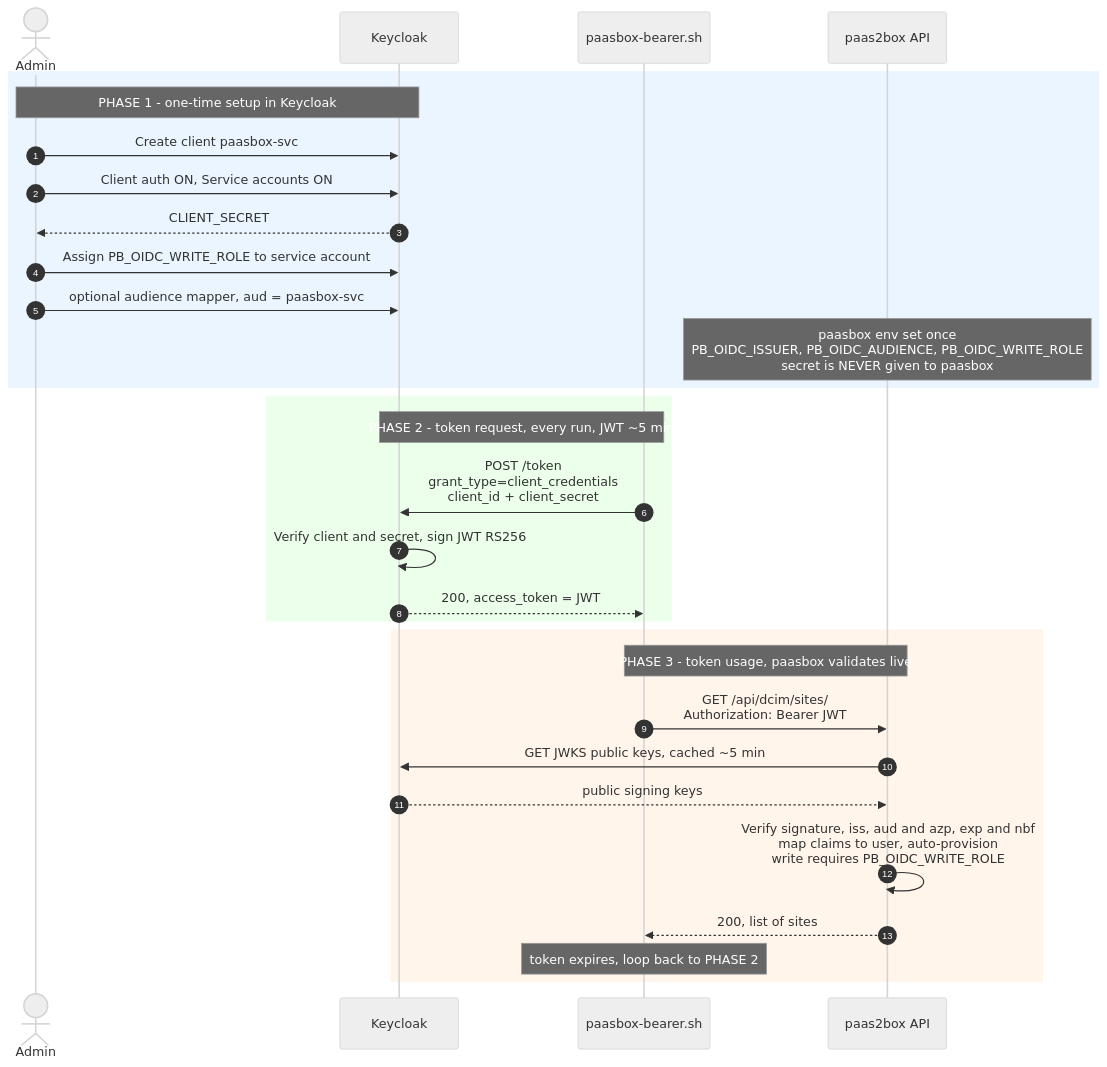
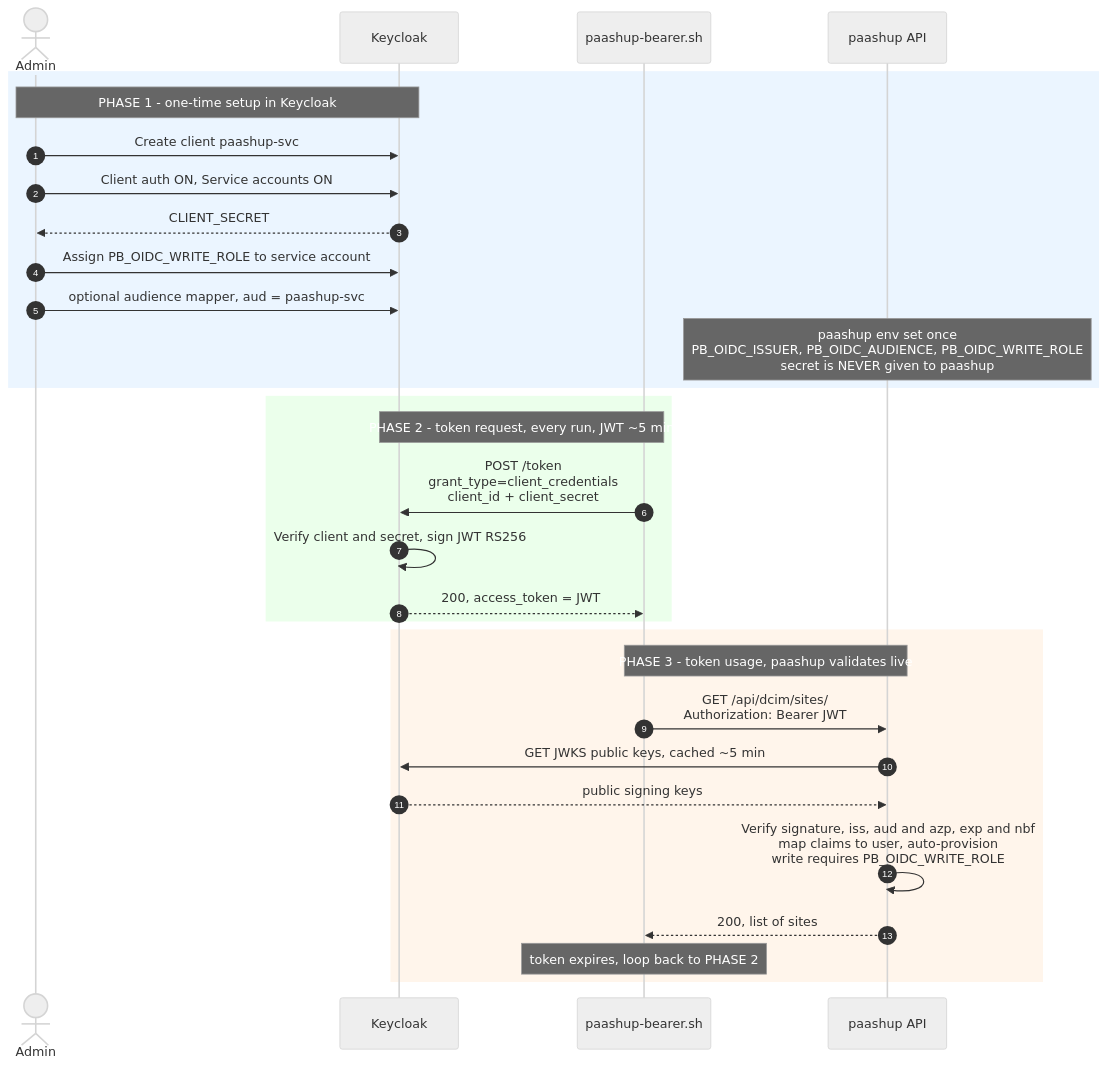
The diagram in docs/SSO-API-ACCESS.md (SaaShup/paashup), drawn with Mermaid (neutral theme) before and after one commit. The commit also changed other lines of this file and 148 other files, not shown here.

Commit message:
feat: rename and restyle app from paas2box to paashup

````diff
--- a/docs/SSO-API-ACCESS.md
+++ b/docs/SSO-API-ACCESS.md
@@ -61,35 +61,35 @@
 ```mermaid
 sequenceDiagram
     autonumber
     actor Admin
     participant KC as Keycloak
-    participant Script as paasbox-bearer.sh
-    participant PB as paas2box API
+    participant Script as paashup-bearer.sh
+    participant PB as paashup API
 
     rect rgb(235, 245, 255)
     note over Admin,KC: PHASE 1 - one-time setup in Keycloak
-    Admin->>KC: Create client paasbox-svc
+    Admin->>KC: Create client paashup-svc
     Admin->>KC: Client auth ON, Service accounts ON
     KC-->>Admin: CLIENT_SECRET
     Admin->>KC: Assign PB_OIDC_WRITE_ROLE to service account
-    Admin->>KC: optional audience mapper, aud = paasbox-svc
-    note over PB: paasbox env set once<br/>PB_OIDC_ISSUER, PB_OIDC_AUDIENCE, PB_OIDC_WRITE_ROLE<br/>secret is NEVER given to paasbox
+    Admin->>KC: optional audience mapper, aud = paashup-svc
+    note over PB: paashup env set once<br/>PB_OIDC_ISSUER, PB_OIDC_AUDIENCE, PB_OIDC_WRITE_ROLE<br/>secret is NEVER given to paashup
     end
 
     rect rgb(235, 255, 235)
     note over Script,KC: PHASE 2 - token request, every run, JWT ~5 min
     Script->>KC: POST /token<br/>grant_type=client_credentials<br/>client_id + client_secret
     KC->>KC: Verify client and secret, sign JWT RS256
     KC-->>Script: 200, access_token = JWT
     end
 
     rect rgb(255, 245, 235)
-    note over Script,PB: PHASE 3 - token usage, paasbox validates live
+    note over Script,PB: PHASE 3 - token usage, paashup validates live
     Script->>PB: GET /api/dcim/sites/<br/>Authorization: Bearer JWT
     PB->>KC: GET JWKS public keys, cached ~5 min
     KC-->>PB: public signing keys
     PB->>PB: Verify signature, iss, aud and azp, exp and nbf<br/>map claims to user, auto-provision<br/>write requires PB_OIDC_WRITE_ROLE
     PB-->>Script: 200, list of sites
     note over Script: token expires, loop back to PHASE 2
     end
 ```
````
